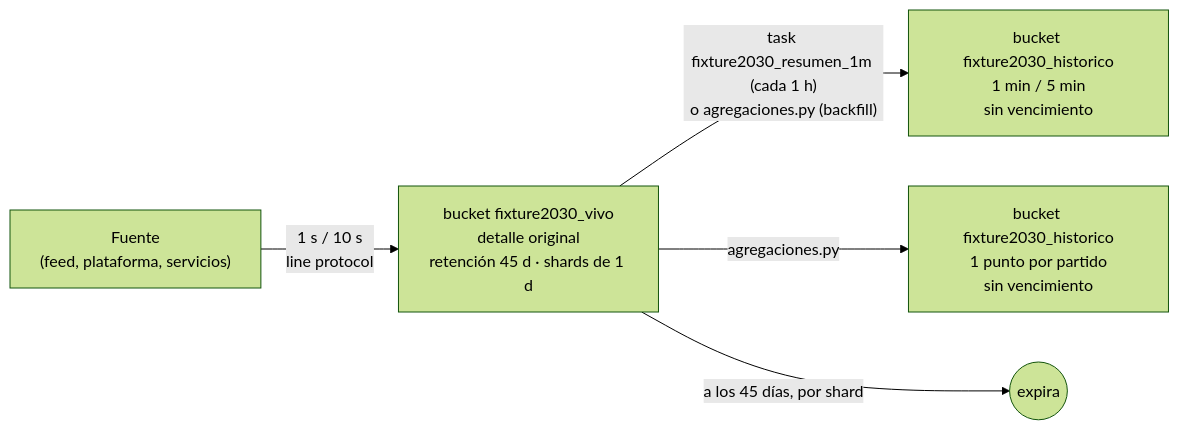
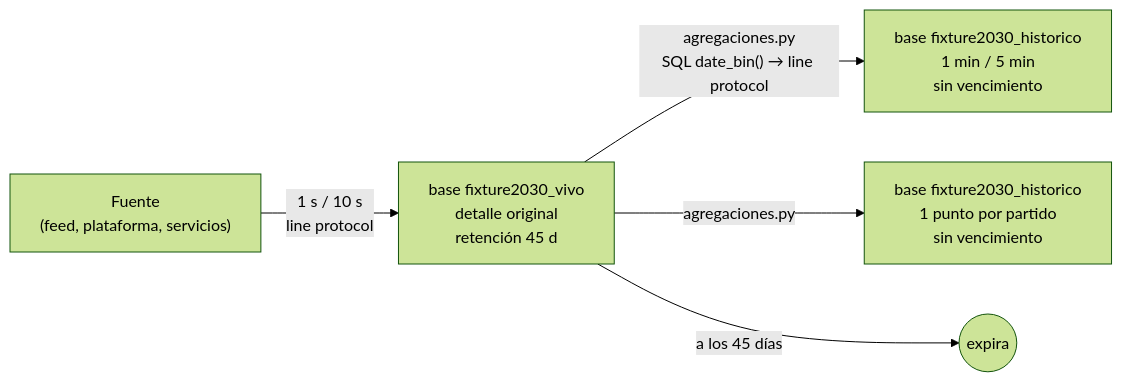
The diagram in fixture2030-influxdb/docs/retencion_y_granularidad.md (Joaconz/fixture_2030_ing_datos_II), drawn with Mermaid (forest theme) before and after one commit. The commit also changed other lines of this file and 62 other files, not shown here.

````diff
--- a/fixture2030-influxdb/docs/retencion_y_granularidad.md
+++ b/fixture2030-influxdb/docs/retencion_y_granularidad.md
@@ -11,7 +11,7 @@
 ```mermaid
 flowchart LR
-    F["Fuente<br/>(feed, plataforma, servicios)"] -->|"1 s / 10 s<br/>line protocol"| V["bucket fixture2030_vivo<br/>detalle original<br/>retención 45 d · shards de 1 d"]
-    V -->|"task fixture2030_resumen_1m (cada 1 h)<br/>o agregaciones.py (backfill)"| H1["bucket fixture2030_historico<br/>1 min / 5 min<br/>sin vencimiento"]
-    V -->|"agregaciones.py"| H2["bucket fixture2030_historico<br/>1 punto por partido<br/>sin vencimiento"]
-    V -->|"a los 45 días, por shard"| X(("expira"))
+    F["Fuente<br/>(feed, plataforma, servicios)"] -->|"1 s / 10 s<br/>line protocol"| V["base fixture2030_vivo<br/>detalle original<br/>retención 45 d"]
+    V -->|"agregaciones.py<br/>SQL date_bin() → line protocol"| H1["base fixture2030_historico<br/>1 min / 5 min<br/>sin vencimiento"]
+    V -->|"agregaciones.py"| H2["base fixture2030_historico<br/>1 punto por partido<br/>sin vencimiento"]
+    V -->|"a los 45 días"| X(("expira"))
 ```
````
